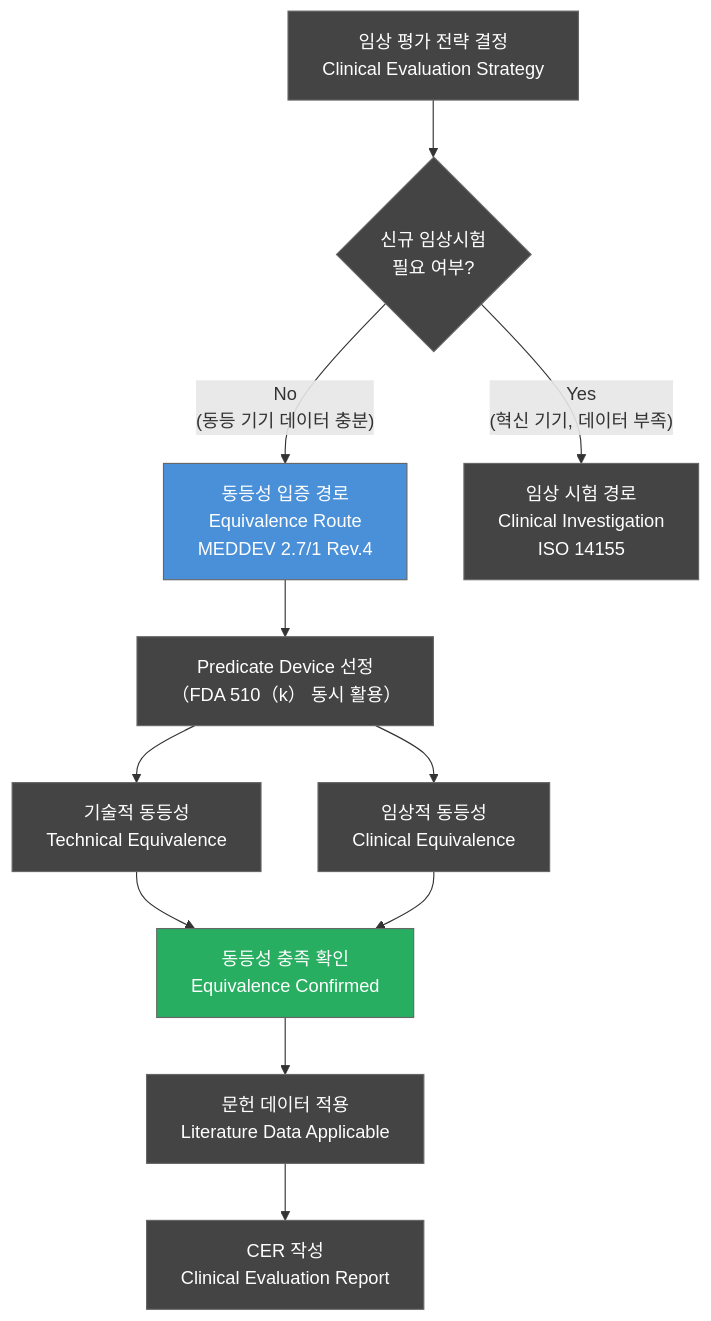
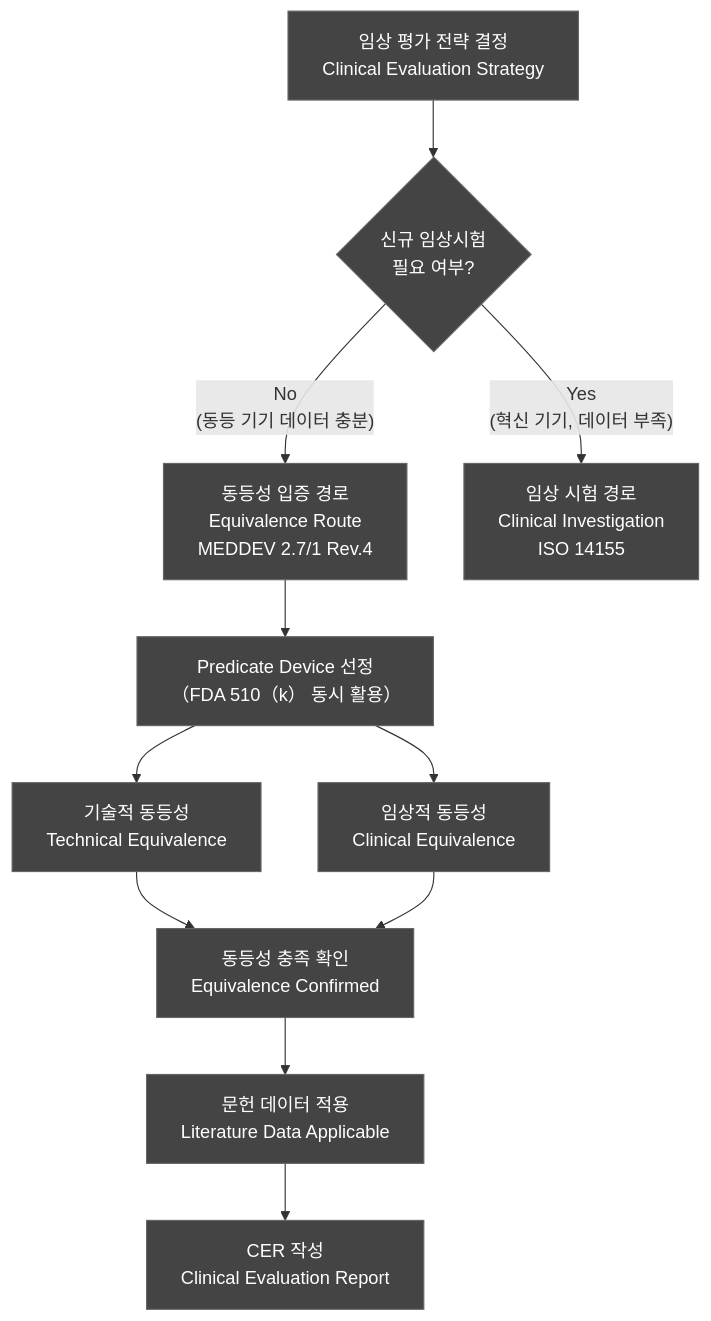
One commit to holee9/console-gui changed the third of 7 diagrams in docs/regulatory/DOC-020_Clinical_Evaluation_Plan_v1.0.md. Above: the diagram before and after it, drawn with Mermaid. The commit also changed other lines of this file and 35 other files, not shown here.

First line of the commit message:
fix: 전체 Mermaid 차트 색상 진한 회색 통일

````diff
--- a/docs/regulatory/DOC-020_Clinical_Evaluation_Plan_v1.0.md
+++ b/docs/regulatory/DOC-020_Clinical_Evaluation_Plan_v1.0.md
@@ -258,17 +258,17 @@
 ```mermaid
 flowchart TD
     classDef default fill:#444,stroke:#666,color:#fff
     A["임상 평가 전략 결정\nClinical Evaluation Strategy"] --> B{신규 임상시험\n필요 여부?}
     B -- "No\n(동등 기기 데이터 충분)" --> C["동등성 입증 경로\nEquivalence Route\nMEDDEV 2.7/1 Rev.4"]
     B -- "Yes\n(혁신 기기, 데이터 부족)" --> D["임상 시험 경로\nClinical Investigation\nISO 14155"]
     C --> E["Predicate Device 선정\n（FDA 510（k） 동시 활용）"]
     E --> F["기술적 동등성\nTechnical Equivalence"]
     E --> G["임상적 동등성\nClinical Equivalence"]
     F --> H["동등성 충족 확인\nEquivalence Confirmed"]
     G --> H
     H --> I["문헌 데이터 적용\nLiterature Data Applicable"]
     I --> J["CER 작성\nClinical Evaluation Report"]
 
-    style C fill:#4A90D9,color:#fff
-    style H fill:#27AE60,color:#fff
+    style C fill:#444,color:#fff
+    style H fill:#444,color:#fff
 ```
````
